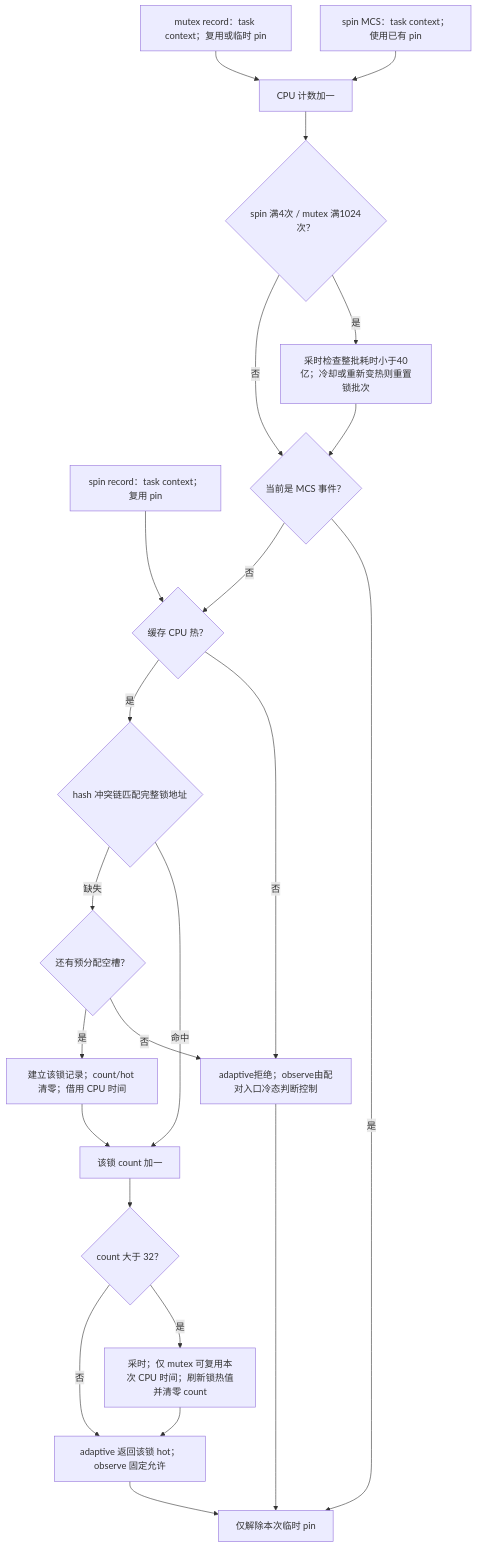
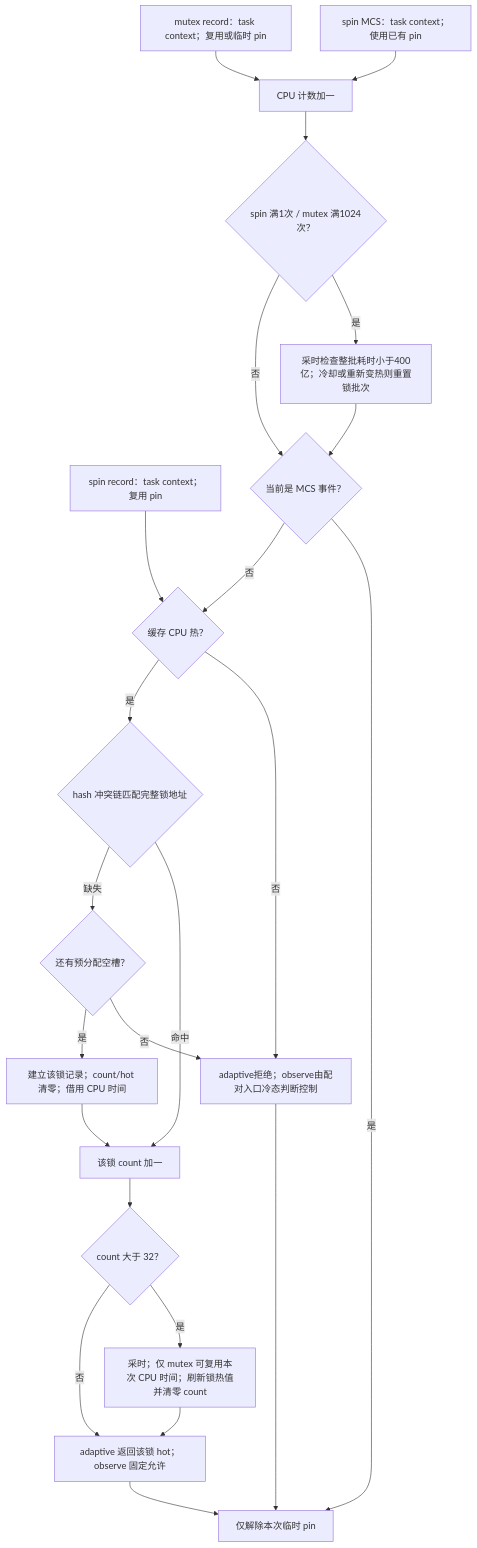
Before and after one commit to hailongeric/kdlock: the first of 3 diagrams in bench/spin_cacheline/EXECUTION_PATHS.md, drawn with Mermaid. The commit also changed other lines of this file and 10 other files, not shown here.

````diff
--- a/bench/spin_cacheline/EXECUTION_PATHS.md
+++ b/bench/spin_cacheline/EXECUTION_PATHS.md
@@ -332,25 +332,25 @@
 ```mermaid
 flowchart TD
   A[spin record：task context；复用 pin] --> G{缓存 CPU 热？}
   S[spin MCS：task context；使用已有 pin] --> B[CPU 计数加一]
   T[mutex record：task context；复用或临时 pin] --> B
-  B --> C{spin 满4次 / mutex 满1024次？}
-  C -- 是 --> D[采时检查整批耗时小于40亿；冷却或重新变热则重置锁批次]
+  B --> C{spin 满1次 / mutex 满1024次？}
+  C -- 是 --> D[采时检查整批耗时小于400亿；冷却或重新变热则重置锁批次]
   D --> E{当前是 MCS 事件？}
   C -- 否 --> E
   E -- 是 --> Z[仅解除本次临时 pin]
   E -- 否 --> G
   G -- 否 --> R[adaptive拒绝；observe由配对入口冷态判断控制]
   G -- 是 --> H{hash 冲突链匹配完整锁地址}
   H -- 命中 --> I[该锁 count 加一]
   H -- 缺失 --> J{还有预分配空槽？}
   J -- 否 --> R
   J -- 是 --> K[建立该锁记录；count/hot 清零；借用 CPU 时间]
   K --> I
   I --> L{count 大于 32？}
   L -- 是 --> M[采时；仅 mutex 可复用本次 CPU 时间；刷新锁热值并清零 count]
   L -- 否 --> N[adaptive 返回该锁 hot；observe 固定允许]
   M --> N
   R --> Z
   N --> Z
 ```
````
